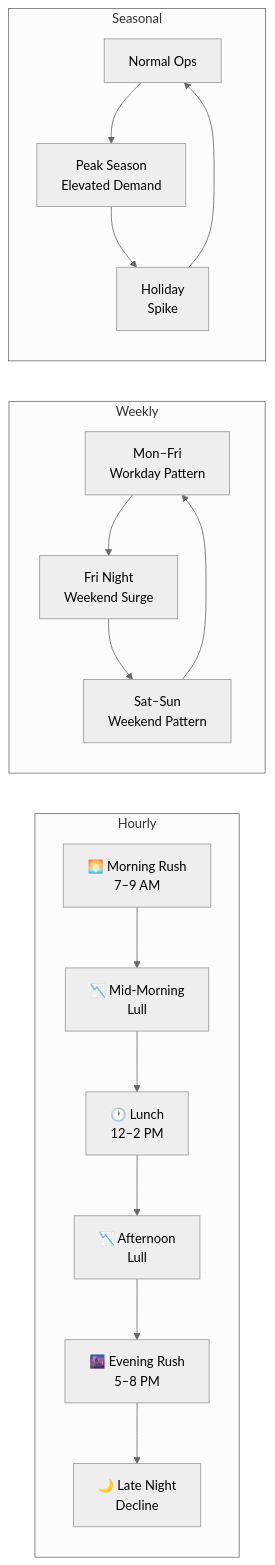
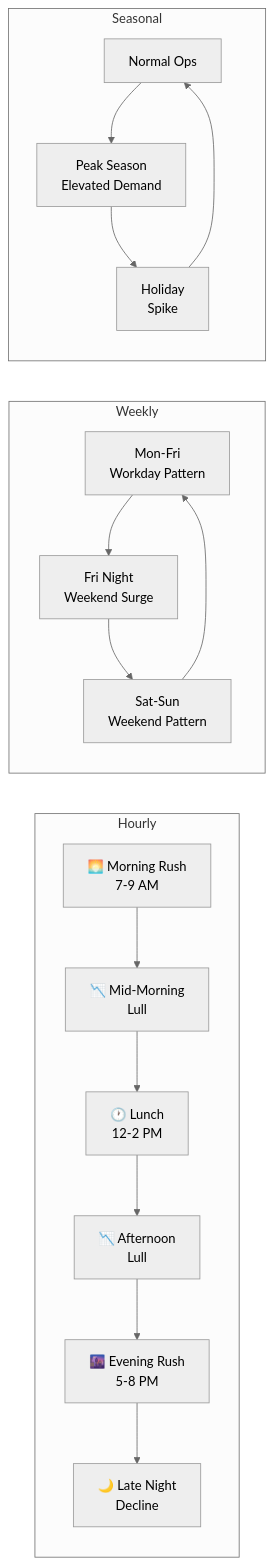
One commit to rishikeshdhokare/platform-manifesto changed the first of 4 diagrams in 04-infrastructure-and-cloud/06-capacity-planning.md. Above: the diagram before and after it, drawn with Mermaid (neutral theme). The commit also changed other lines of this file and 37 other files, not shown here.

````diff
--- a/04-infrastructure-and-cloud/06-capacity-planning.md
+++ b/04-infrastructure-and-cloud/06-capacity-planning.md
@@ -46,23 +46,23 @@
 ```mermaid
 flowchart LR
     subgraph Hourly
-        H1[🌅 Morning Rush\n7–9 AM] --> H2[📉 Mid-Morning\nLull]
-        H2 --> H3[🕐 Lunch\n12–2 PM]
+        H1[🌅 Morning Rush\n7-9 AM] --> H2[📉 Mid-Morning\nLull]
+        H2 --> H3[🕐 Lunch\n12-2 PM]
         H3 --> H4[📉 Afternoon\nLull]
-        H4 --> H5[🌆 Evening Rush\n5–8 PM]
+        H4 --> H5[🌆 Evening Rush\n5-8 PM]
         H5 --> H6[🌙 Late Night\nDecline]
     end
 
     subgraph Weekly
-        W1[Mon–Fri\nWorkday Pattern] --> W2[Fri Night\nWeekend Surge]
-        W2 --> W3[Sat–Sun\nWeekend Pattern]
+        W1[Mon-Fri\nWorkday Pattern] --> W2[Fri Night\nWeekend Surge]
+        W2 --> W3[Sat-Sun\nWeekend Pattern]
         W3 --> W1
     end
 
     subgraph Seasonal
         S1[Normal Ops] --> S2[Peak Season\nElevated Demand]
         S2 --> S3[Holiday\nSpike]
         S3 --> S1
     end
 
 ```
````
